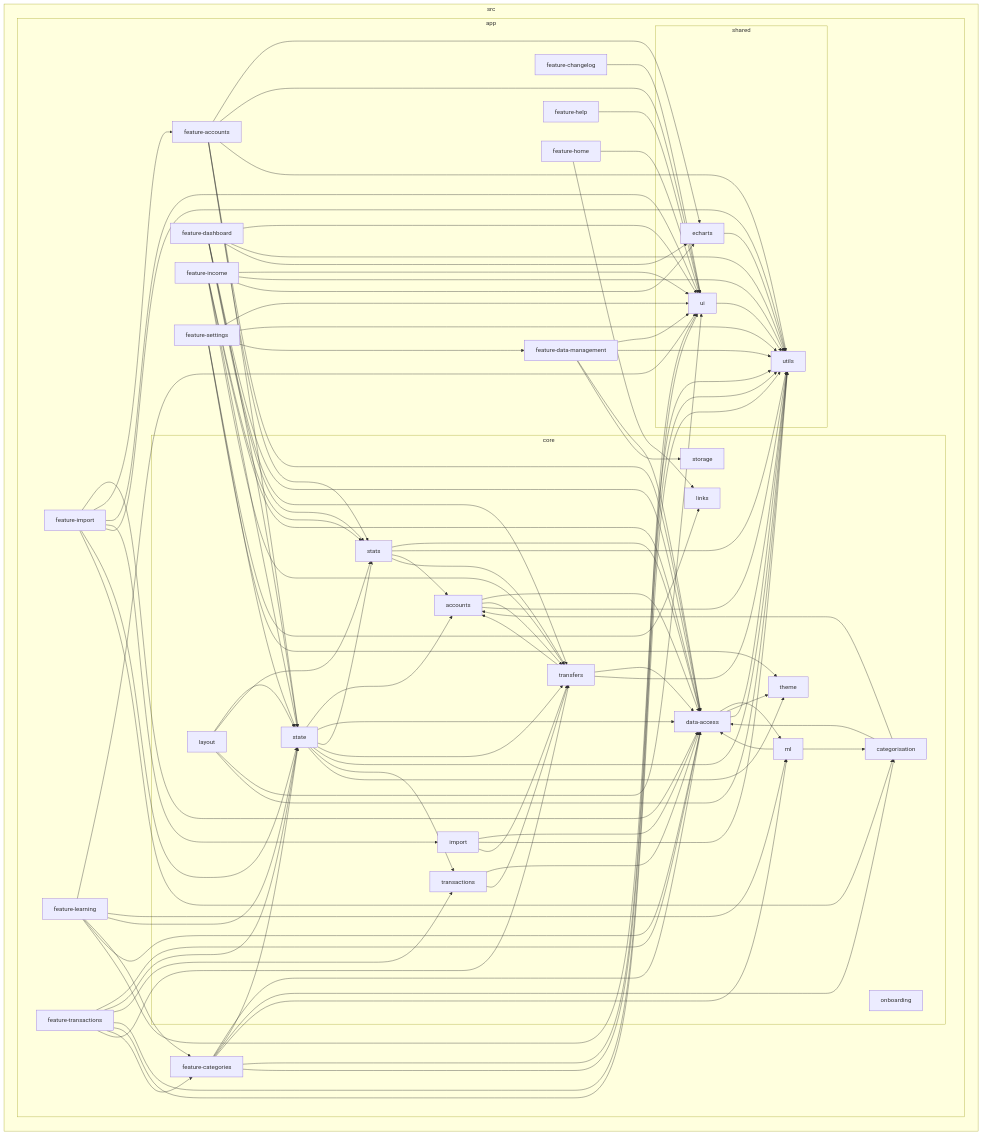
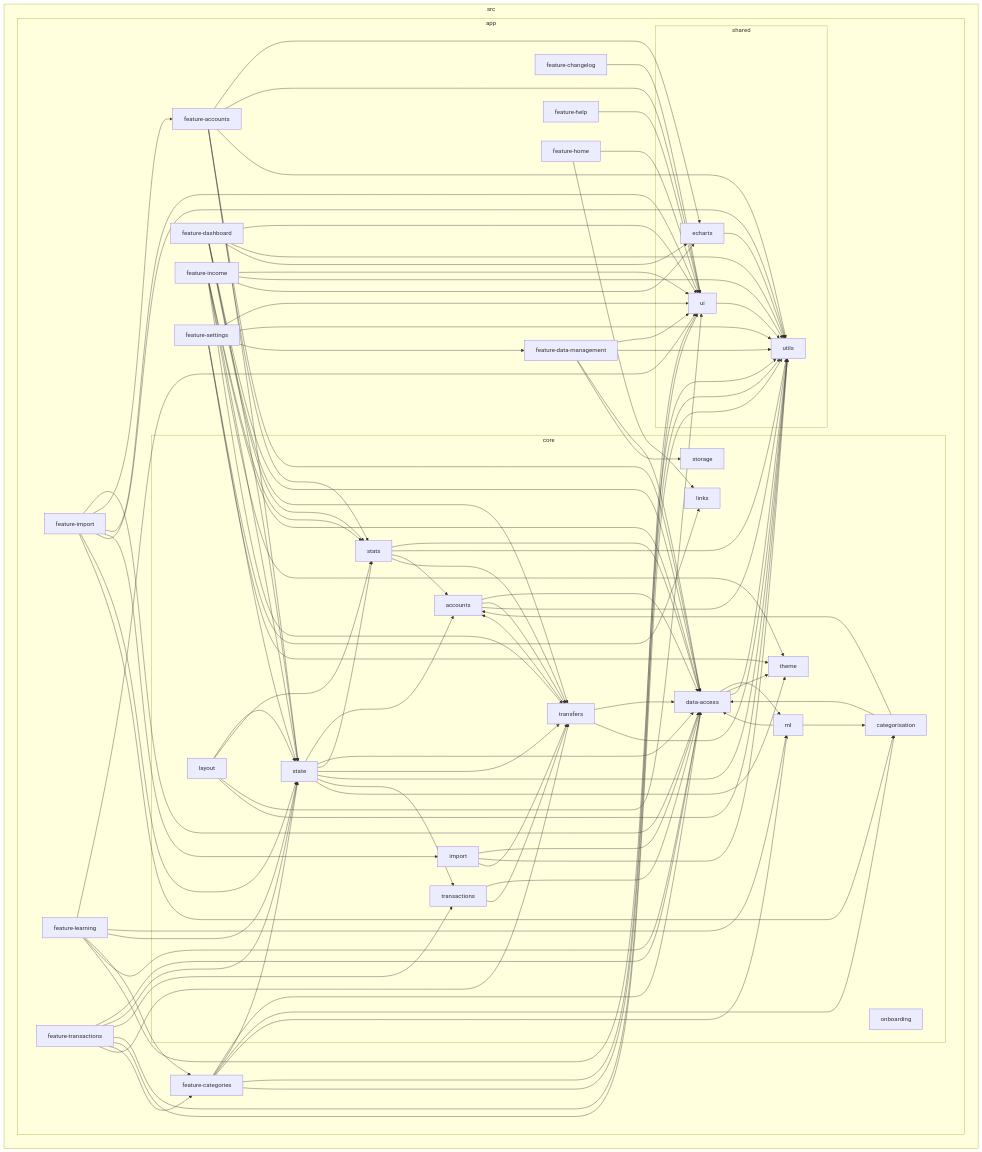
Before and after one commit to kevhauma/money-mosaic-v2: the diagram in reports/dependency-graph.mmd, drawn with Mermaid. The commit also changed 21 other files, not shown here.

```diff
--- a/reports/dependency-graph.mmd
+++ b/reports/dependency-graph.mmd
@@ -1,134 +1,135 @@
 flowchart LR
 
 subgraph 0["src"]
 subgraph 1["app"]
 subgraph 2["core"]
 3["accounts"]
 4["categorisation"]
 5["data-access"]
 6["import"]
 7["layout"]
 8["links"]
 9["ml"]
 A["onboarding"]
 B["state"]
 C["stats"]
 D["storage"]
 E["theme"]
 F["transactions"]
 G["transfers"]
 end
 H["feature-accounts"]
 I["feature-categories"]
 J["feature-changelog"]
 K["feature-dashboard"]
 L["feature-data-management"]
 M["feature-help"]
 N["feature-home"]
 O["feature-import"]
 P["feature-income"]
 Q["feature-learning"]
 R["feature-settings"]
 S["feature-transactions"]
 subgraph T["shared"]
 U["echarts"]
 V["ui"]
 W["utils"]
 end
 end
 end
 3-->5
 3-->G
 3-->W
 4-->5
 4-->3
 5-->9
 5-->E
 5-->W
 6-->5
 6-->W
 6-->G
 7-->B
 7-->C
 7-->V
 7-->W
 9-->4
 9-->5
 B-->3
 B-->5
 B-->C
 B-->G
 B-->W
 B-->F
 B-->E
 C-->5
 C-->W
 C-->3
 C-->G
 F-->5
 F-->G
 G-->5
 G-->3
 G-->W
 H-->5
 H-->U
 H-->B
 H-->V
 H-->W
 H-->C
 I-->5
 I-->B
 I-->V
 I-->W
 I-->4
 I-->9
 J-->V
 K-->5
 K-->B
 K-->V
 K-->W
 K-->G
 K-->C
 K-->U
 L-->5
 L-->D
 L-->V
 L-->W
 M-->V
 N-->8
 N-->V
 O-->5
 O-->H
 O-->V
 O-->6
 O-->W
 O-->B
 O-->4
 P-->C
 P-->V
 P-->W
 P-->5
 P-->B
+P-->E
 P-->G
 P-->U
 Q-->V
 Q-->9
 Q-->B
 Q-->I
 Q-->5
 Q-->W
 R-->V
 R-->8
 R-->B
 R-->W
 R-->L
 R-->E
 S-->5
 S-->B
 S-->F
 S-->V
 S-->W
 S-->I
 S-->G
 U-->W
 V-->W
```
